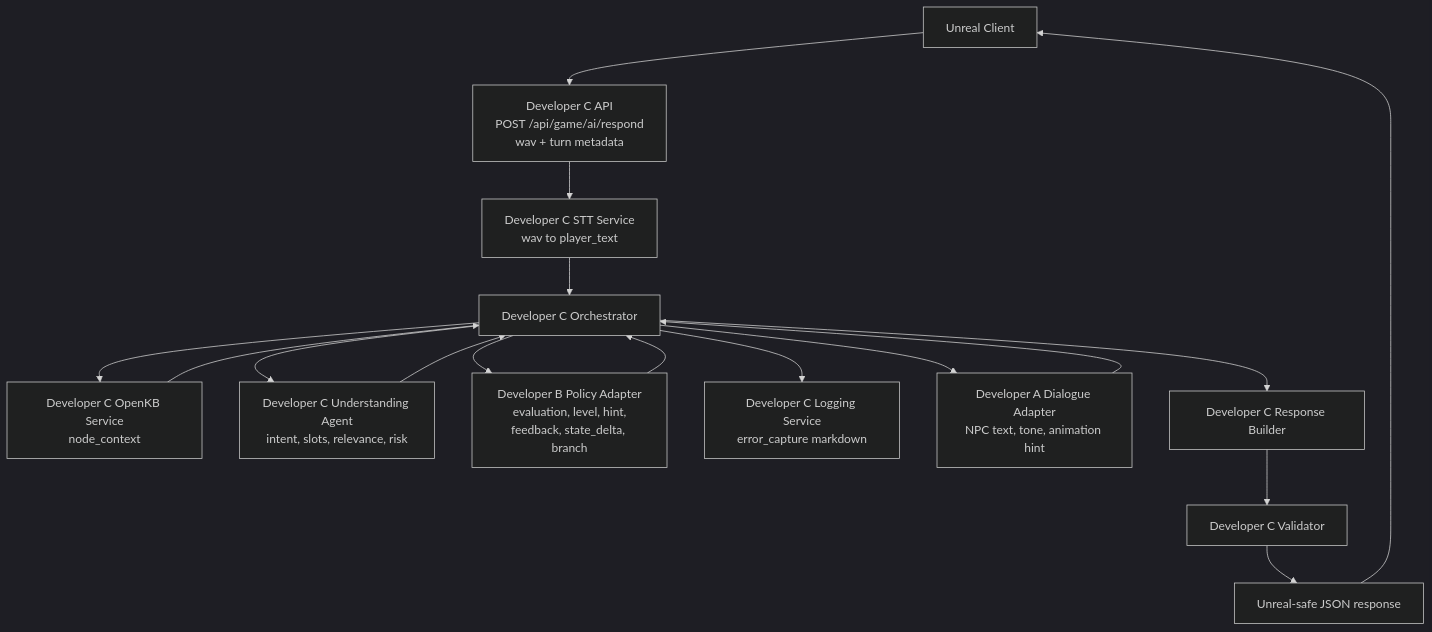
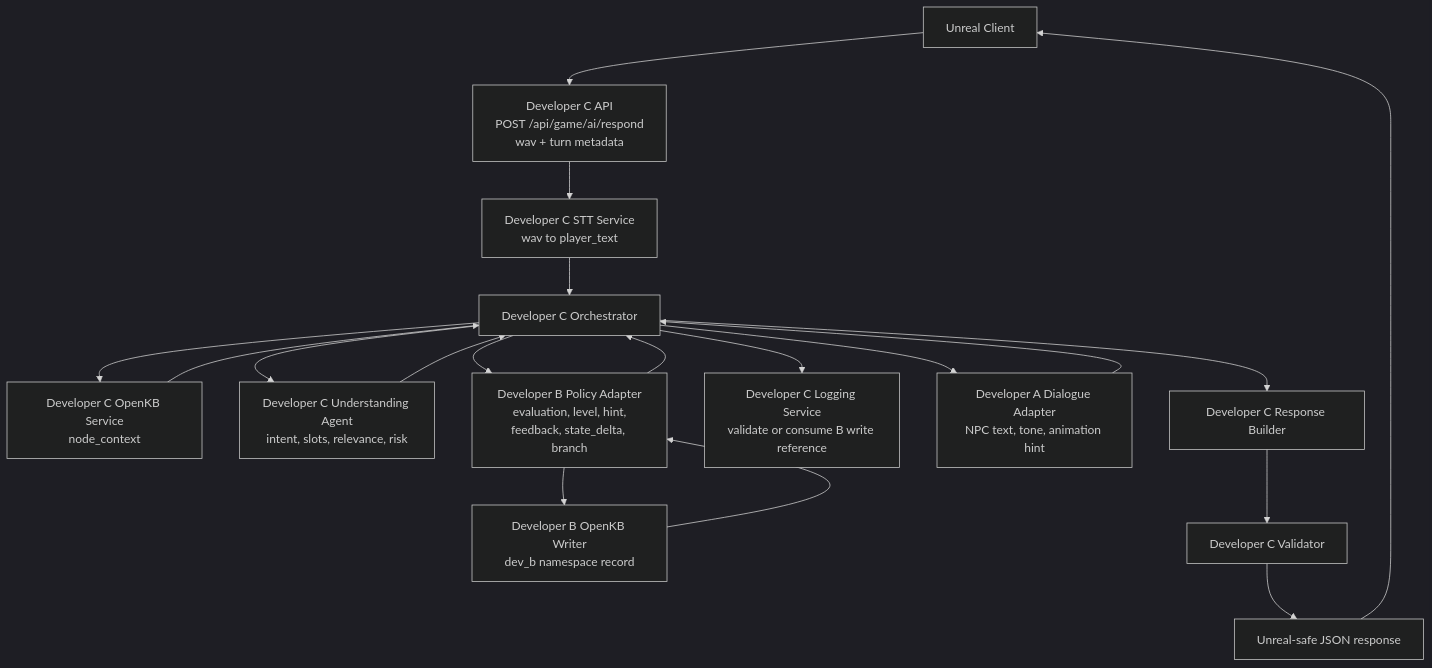
Before and after one commit to PotenUP3-04-Synapse3/pj05_Murphy: the diagram in docs/contracts/developer_c_adapter_contracts.md, drawn with Mermaid (dark theme). The commit also changed other lines of this file and 18 other files, not shown here.

First line of the commit message:
feat: Enhance Developer B OpenKB integration and feedback generation

````diff
--- a/docs/contracts/developer_c_adapter_contracts.md
+++ b/docs/contracts/developer_c_adapter_contracts.md
@@ -37,19 +37,21 @@
 ```mermaid
 flowchart TD
     U["Unreal Client"] --> API["Developer C API<br/>POST /api/game/ai/respond<br/>wav + turn metadata"]
     API --> STT["Developer C STT Service<br/>wav to player_text"]
     STT --> ORCH["Developer C Orchestrator"]
     ORCH --> KB["Developer C OpenKB Service<br/>node_context"]
     KB --> ORCH
     ORCH --> UA["Developer C Understanding Agent<br/>intent, slots, relevance, risk"]
     UA --> ORCH
     ORCH --> B["Developer B Policy Adapter<br/>evaluation, level, hint,<br/>feedback, state_delta, branch"]
+    B --> BW["Developer B OpenKB Writer<br/>dev_b namespace record"]
+    BW --> B
     B --> ORCH
-    ORCH --> LOG["Developer C Logging Service<br/>error_capture markdown"]
+    ORCH --> LOG["Developer C Logging Service<br/>validate or consume B write reference"]
     ORCH --> A["Developer A Dialogue Adapter<br/>NPC text, tone, animation hint"]
     A --> ORCH
     ORCH --> RB["Developer C Response Builder"]
     RB --> V["Developer C Validator"]
     V --> OUT["Unreal-safe JSON response"]
     OUT --> U
 ```
````
